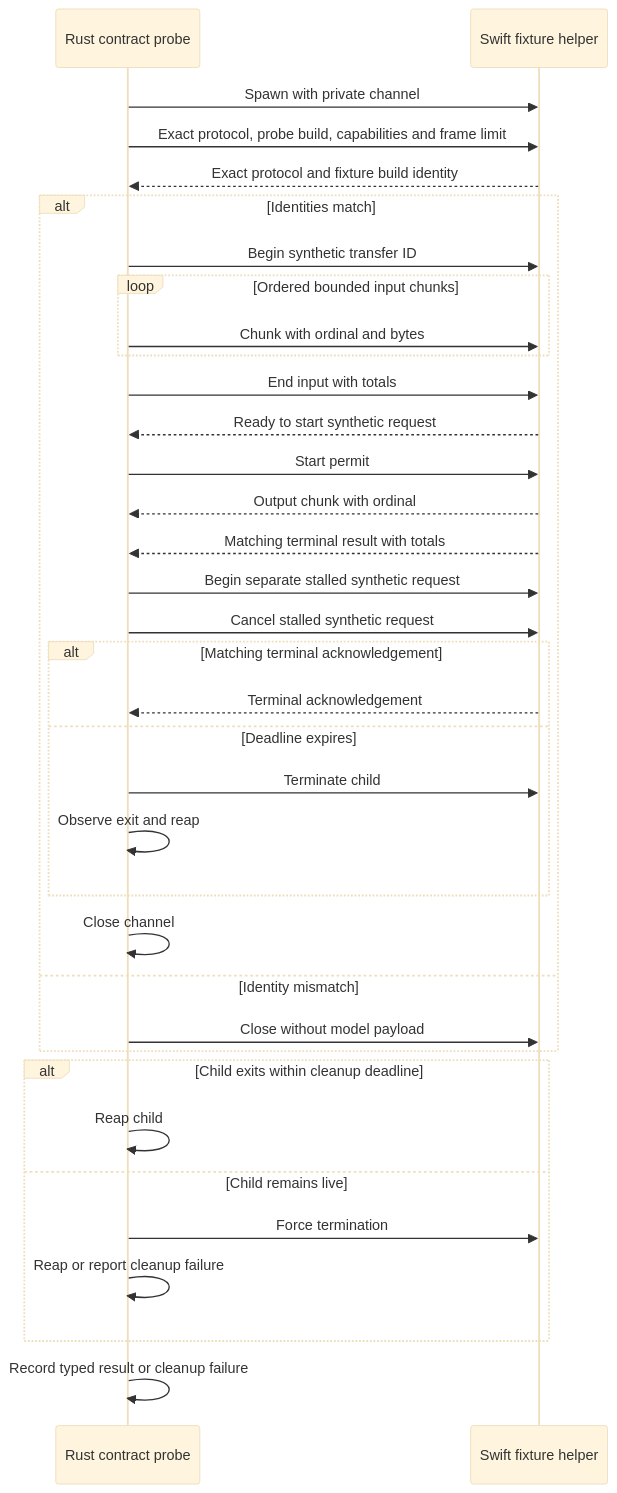
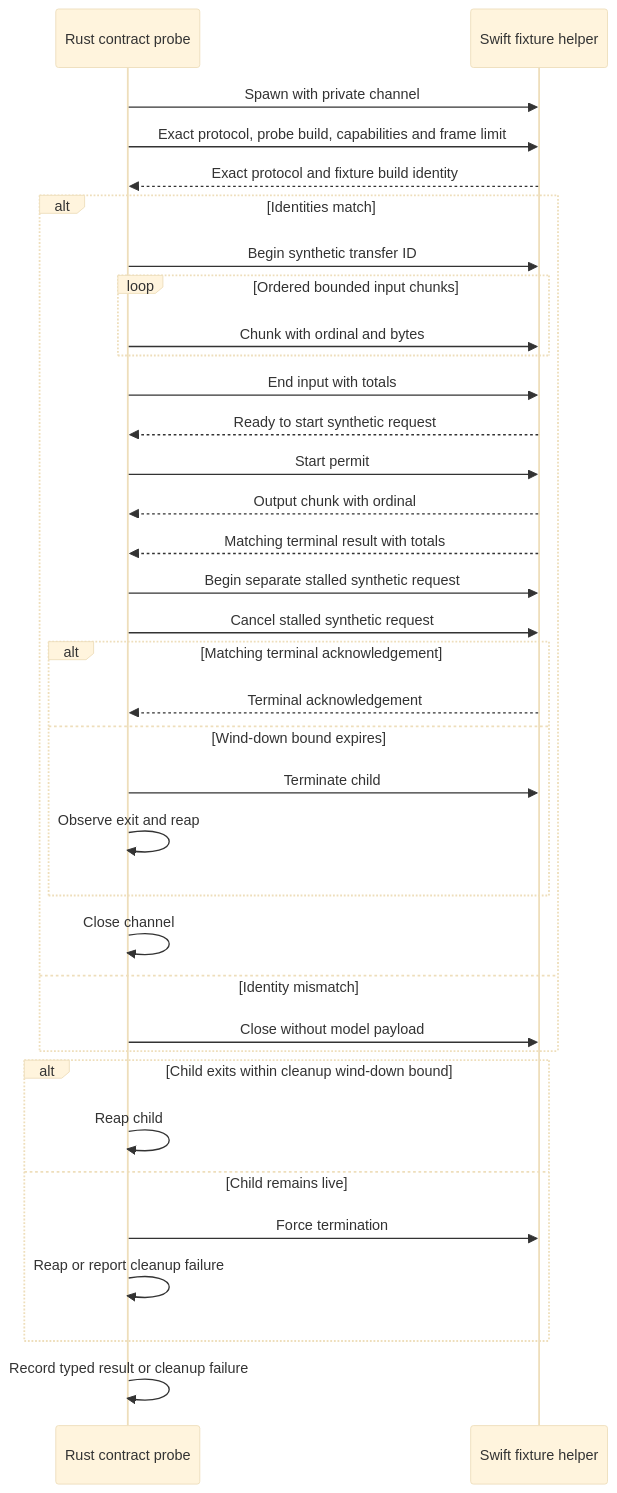
Before and after one commit to pidster/asura: the fifth of 11 diagrams in docs/designs/swift-rust-boundary.md, drawn with Mermaid (base theme). The commit also changed other lines of this file and 39 other files, not shown here.

````diff
--- a/docs/designs/swift-rust-boundary.md
+++ b/docs/designs/swift-rust-boundary.md
@@ -415,37 +423,37 @@
 ```mermaid
 sequenceDiagram
     participant R as Rust contract probe
     participant S as Swift fixture helper
     R->>S: Spawn with private channel
     R->>S: Exact protocol, probe build, capabilities and frame limit
     S-->>R: Exact protocol and fixture build identity
     alt Identities match
         R->>S: Begin synthetic transfer ID
         loop Ordered bounded input chunks
             R->>S: Chunk with ordinal and bytes
         end
         R->>S: End input with totals
         S-->>R: Ready to start synthetic request
         R->>S: Start permit
         S-->>R: Output chunk with ordinal
         S-->>R: Matching terminal result with totals
         R->>S: Begin separate stalled synthetic request
         R->>S: Cancel stalled synthetic request
         alt Matching terminal acknowledgement
             S-->>R: Terminal acknowledgement
-        else Deadline expires
+        else Wind-down bound expires
             R->>S: Terminate child
             R->>R: Observe exit and reap
         end
         R->>R: Close channel
     else Identity mismatch
         R->>S: Close without model payload
     end
-    alt Child exits within cleanup deadline
+    alt Child exits within cleanup wind-down bound
         R->>R: Reap child
     else Child remains live
         R->>S: Force termination
         R->>R: Reap or report cleanup failure
     end
     R->>R: Record typed result or cleanup failure
 ```
````
